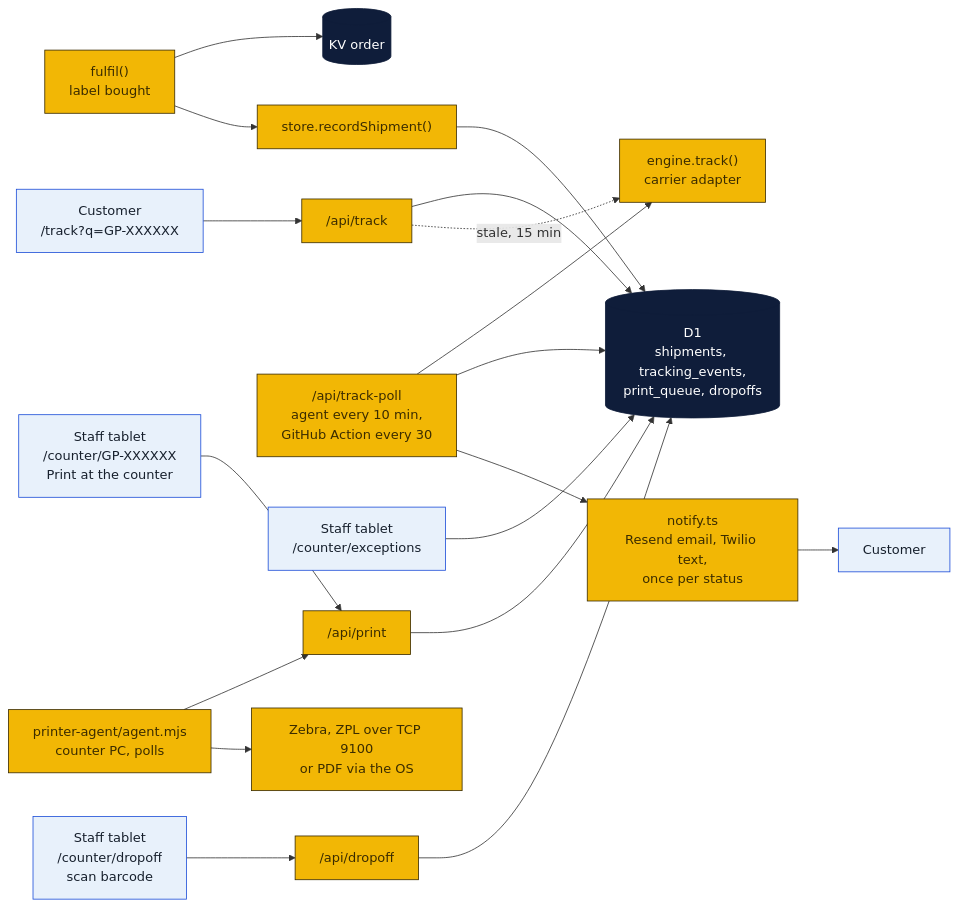
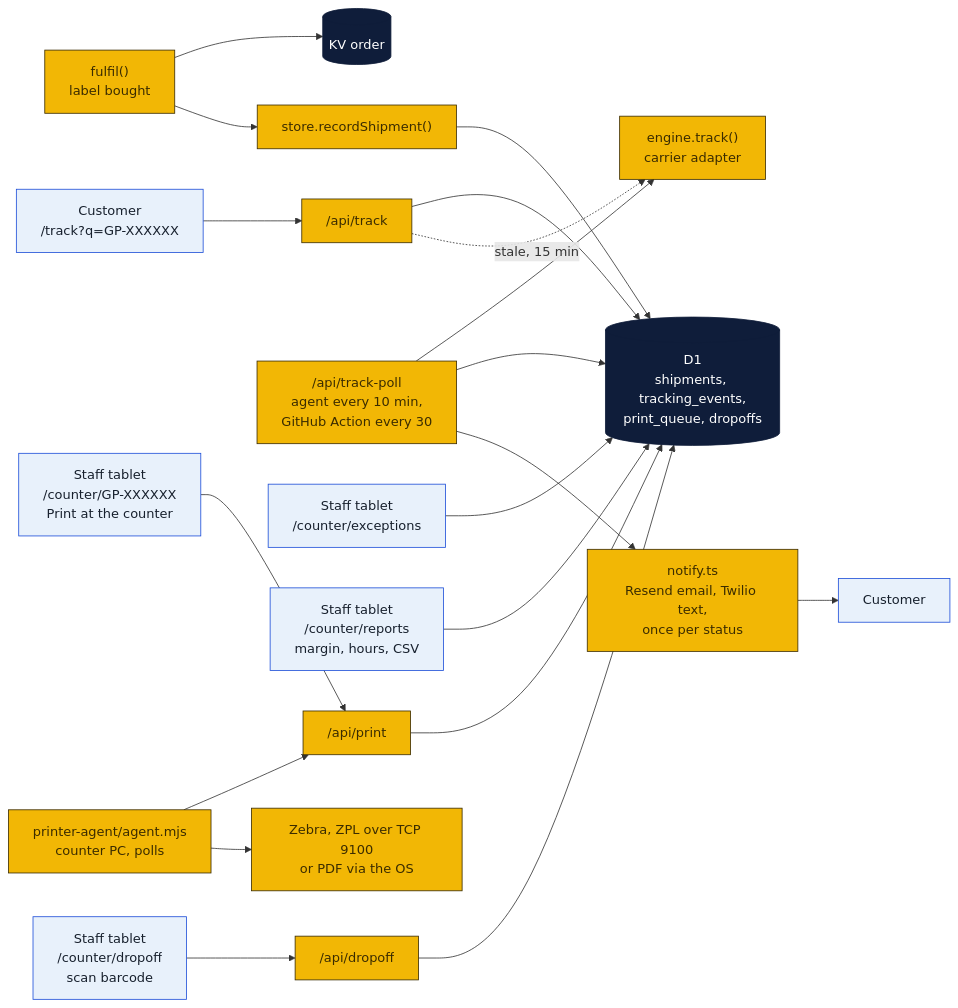
Before and after one commit to wbp318/goin-postal-forsythe: the second of 6 diagrams in shipping-client/README.md, drawn with Mermaid. The commit also changed other lines of this file and 10 other files, not shown here.

First line of the commit message:
PeterShip: staff reports page

````diff
--- a/shipping-client/README.md
+++ b/shipping-client/README.md
@@ -56,19 +57,20 @@
 ```mermaid
 flowchart LR
   F["fulfil()<br/>label bought"]:::local --> KV[("KV order")]:::cloud
   F --> ST["store.recordShipment()"]:::local --> D1[("D1<br/>shipments, tracking_events,<br/>print_queue, dropoffs")]:::cloud
   C["Customer<br/>/track?q=GP-XXXXXX"]:::you --> TA["/api/track"]:::local --> D1
   TA -.->|stale, 15 min| TR["engine.track()<br/>carrier adapter"]:::local
   PL["/api/track-poll<br/>agent every 10 min,<br/>GitHub Action every 30"]:::local --> TR
   PL --> D1
   PL --> NO["notify.ts<br/>Resend email, Twilio text,<br/>once per status"]:::local
   NO --> CU["Customer"]:::you
   EX["Staff tablet<br/>/counter/exceptions"]:::you --> D1
+  RP["Staff tablet<br/>/counter/reports<br/>margin, hours, CSV"]:::you --> D1
   K["Staff tablet<br/>/counter/GP-XXXXXX<br/>Print at the counter"]:::you --> PQ["/api/print"]:::local --> D1
   AG["printer-agent/agent.mjs<br/>counter PC, polls"]:::local --> PQ
   AG --> Z["Zebra, ZPL over TCP 9100<br/>or PDF via the OS"]:::local
   DO["Staff tablet<br/>/counter/dropoff<br/>scan barcode"]:::you --> DA["/api/dropoff"]:::local --> D1
   classDef local fill:#f2b705,stroke:#3b2c00,color:#3b2c00
   classDef cloud fill:#0f1d3a,stroke:#0f1d3a,color:#ffffff
   classDef you fill:#e8f1fb,stroke:#1d4ed8,color:#17202d
 ```
````
